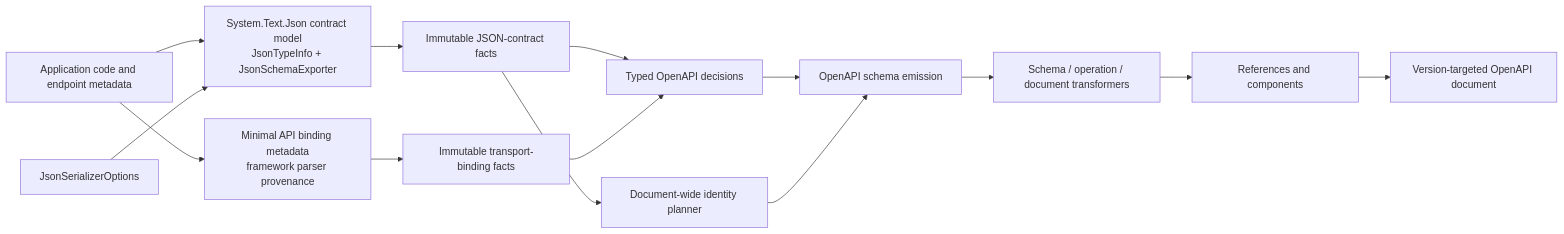
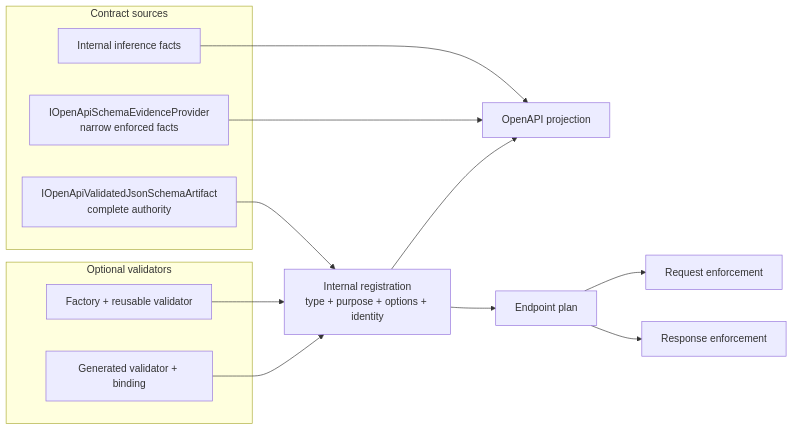
Before and after one commit to dotnet/aspnetcore: the diagram in docs/OpenApiInferenceProposal/architecture.md, drawn with Mermaid. The commit also changed other lines of this file and 133 other files, not shown here.

First line of the commit message:
Document OpenAPI schema inference proposal

````diff
--- a/docs/OpenApiInferenceProposal/architecture.md
+++ b/docs/OpenApiInferenceProposal/architecture.md
@@ -71,29 +31,29 @@
 ```mermaid
 flowchart LR
-    Code["Application code and endpoint metadata"]
-    Options["JsonSerializerOptions"]
-    STJ["System.Text.Json contract model<br/>JsonTypeInfo + JsonSchemaExporter"]
-    Binding["Minimal API binding metadata<br/>framework parser provenance"]
-    Facts["Immutable JSON-contract facts"]
-    Transport["Immutable transport-binding facts"]
-    Decisions["Typed OpenAPI decisions"]
-    Naming["Document-wide identity planner"]
-    Emit["OpenAPI schema emission"]
-    Transform["Schema / operation / document transformers"]
-    Resolve["References and components"]
-    Document["Version-targeted OpenAPI document"]
+    subgraph Sources["Contract sources"]
+        Inference["Internal inference facts"]
+        Evidence["IOpenApiSchemaEvidenceProvider<br/>narrow enforced facts"]
+        Artifact["IOpenApiValidatedJsonSchemaArtifact<TSelf><br/>complete authority"]
+    end
 
-    Code --> STJ
-    Code --> Binding
-    Options --> STJ
-    STJ --> Facts
-    Binding --> Transport
-    Facts --> Decisions
-    Transport --> Decisions
-    Facts --> Naming
-    Decisions --> Emit
-    Naming --> Emit
-    Emit --> Transform
-    Transform --> Resolve
-    Resolve --> Document
+    subgraph Validators["Optional validators"]
+        Runtime["Factory + reusable validator"]
+        Generated["Generated validator + binding"]
+    end
+
+    Registration["Internal registration<br/>type + purpose + options + identity"]
+    Plan["Endpoint plan"]
+    OpenApi["OpenAPI projection"]
+    Request["Request enforcement"]
+    Response["Response enforcement"]
+
+    Inference --> OpenApi
+    Evidence --> OpenApi
+    Artifact --> Registration
+    Runtime --> Registration
+    Generated --> Registration
+    Registration --> OpenApi
+    Registration --> Plan
+    Plan --> Request
+    Plan --> Response
 ```
````
